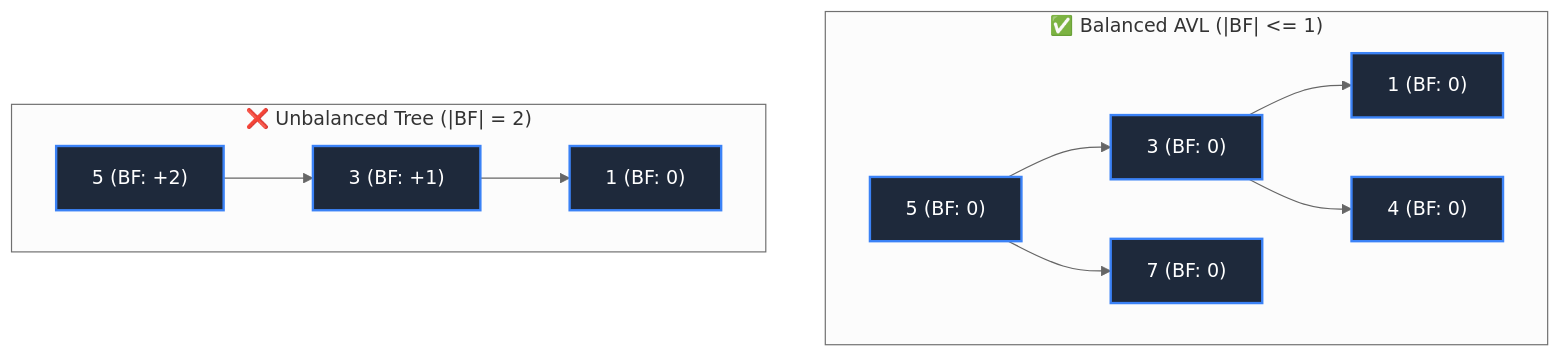
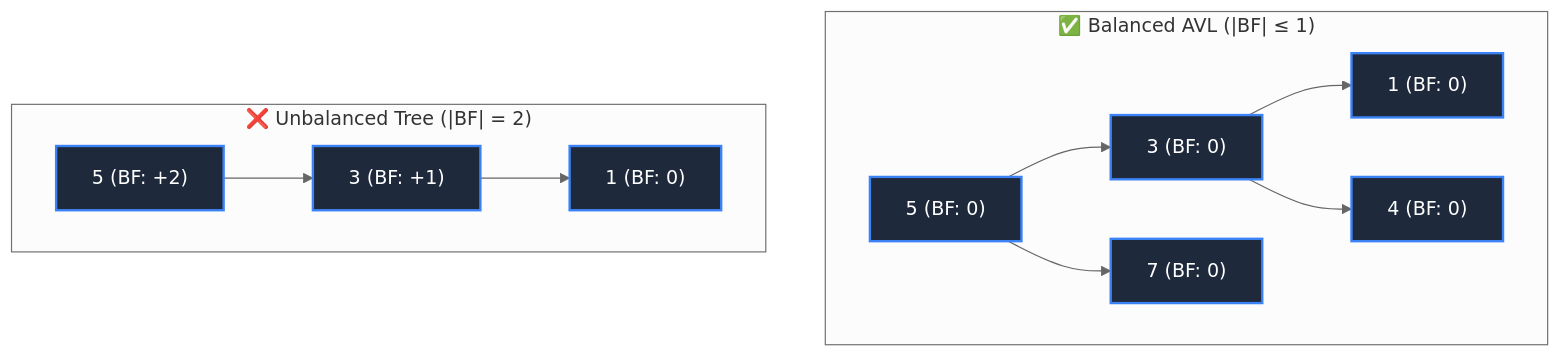
One commit to dip4k/DSA_102 changed diagram 12 of 25 in week_07_trees_and_balanced_search_trees/Week_07_Visual_Concepts_Playbook_HYBRID.md. Above: the diagram before and after it, drawn with Mermaid (neutral theme). The commit also changed other lines of this file and 191 other files, not shown here.

````diff
--- a/week_07_trees_and_balanced_search_trees/Week_07_Visual_Concepts_Playbook_HYBRID.md
+++ b/week_07_trees_and_balanced_search_trees/Week_07_Visual_Concepts_Playbook_HYBRID.md
@@ -360,16 +360,16 @@
 ```mermaid
 flowchart TD
-    subgraph BalancedAVL["✅ Balanced AVL (|BF| <= 1)"]
+    subgraph BalancedAVL["✅ Balanced AVL (|BF| &le; 1)"]
         B5["5 (BF: 0)"] --> B3["3 (BF: 0)"]
         B5 --> B7["7 (BF: 0)"]
         B3 --> B1["1 (BF: 0)"]
         B3 --> B4["4 (BF: 0)"]
     end
 
     subgraph UnbalancedAVL["❌ Unbalanced Tree (|BF| = 2)"]
         U5["5 (BF: +2)"] --> U3["3 (BF: +1)"]
         U3 --> U1["1 (BF: 0)"]
     end
 
     classDef default fill:#1e293b,stroke:#3b82f6,stroke-width:2px,color:#ffffff
 ```
````
